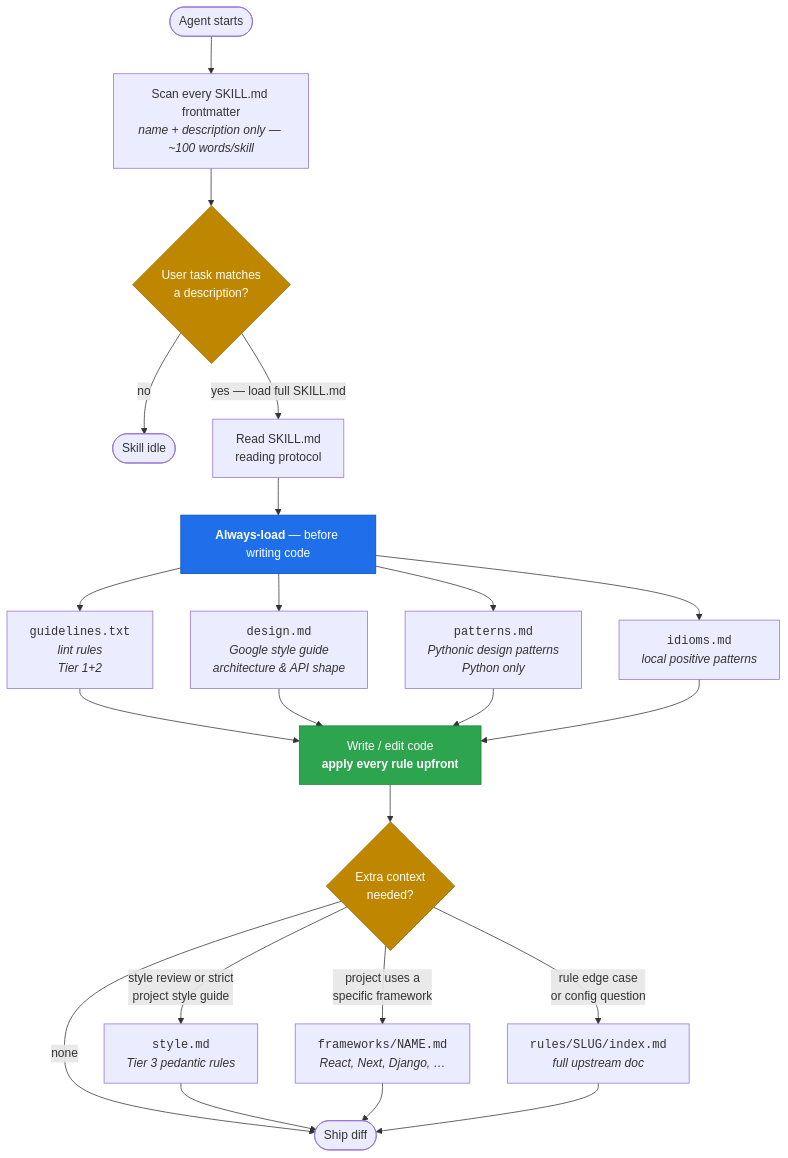
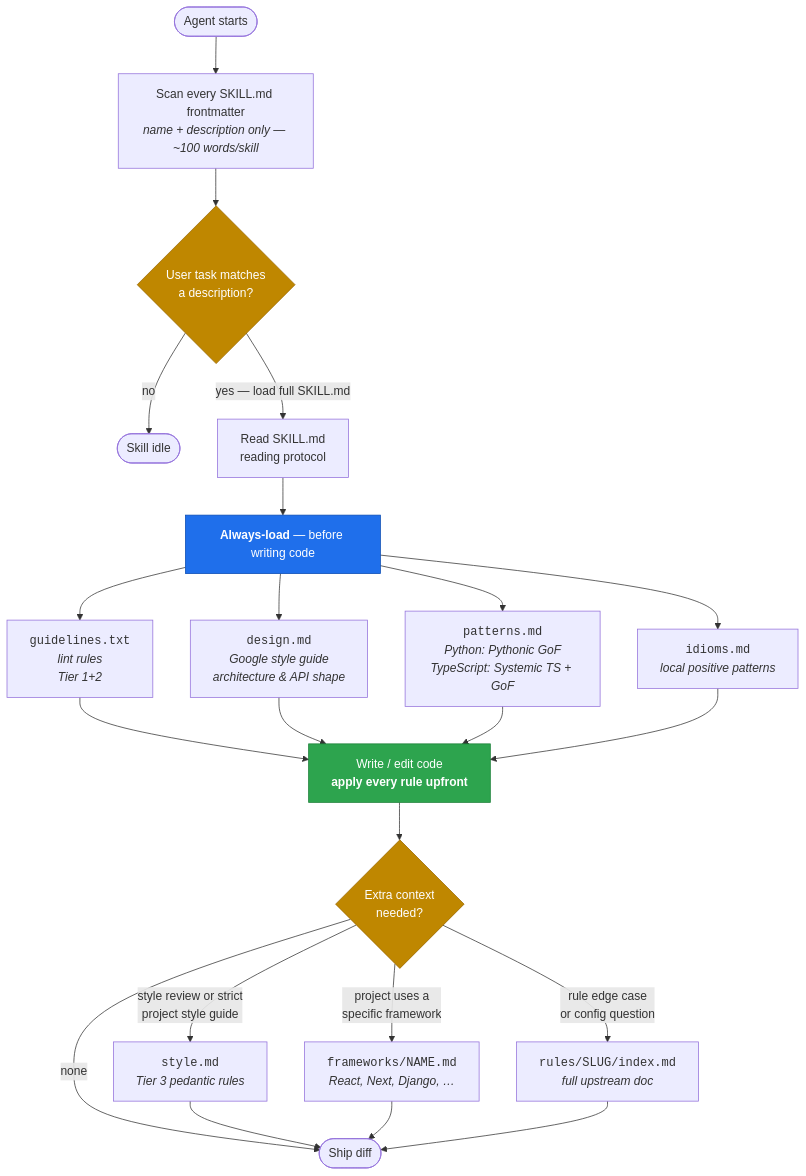
The first of 2 diagrams in README.md (youssef-tharwat/lang-guidelines), drawn with Mermaid before and after one commit. The commit also changed other lines of this file and 3 other files, not shown here.

First line of the commit message:
feat(ts): add patterns.md — Systemic TypeScript + 22 GoF patterns

````diff
--- a/README.md
+++ b/README.md
@@ -25,24 +26,24 @@
 ```mermaid
 flowchart TD
     A([Agent starts]) --> B[Scan every SKILL.md frontmatter<br/><i>name + description only — ~100 words/skill</i>]
     B --> C{User task matches<br/>a description?}
     C -->|no| Z([Skill idle])
     C -->|yes — load full SKILL.md| D[Read SKILL.md<br/>reading protocol]
     D --> E[<b>Always-load</b> — before writing code]
     E --> E1[<code>guidelines.txt</code><br/><i>lint rules<br/>Tier 1+2</i>]
     E --> E2[<code>design.md</code><br/><i>Google style guide<br/>architecture &amp; API shape</i>]
-    E --> E3[<code>patterns.md</code><br/><i>Pythonic design patterns<br/>Python only</i>]
+    E --> E3[<code>patterns.md</code><br/><i>Python: Pythonic GoF<br/>TypeScript: Systemic TS + GoF</i>]
     E --> E4[<code>idioms.md</code><br/><i>local positive patterns</i>]
     E1 & E2 & E3 & E4 --> F[Write / edit code<br/><b>apply every rule upfront</b>]
     F --> G{Extra context<br/>needed?}
     G -->|style review or strict<br/>project style guide| H[<code>style.md</code><br/><i>Tier 3 pedantic rules</i>]
     G -->|project uses a<br/>specific framework| I[<code>frameworks/NAME.md</code><br/><i>React, Next, Django, …</i>]
     G -->|rule edge case<br/>or config question| J[<code>rules/SLUG/index.md</code><br/><i>full upstream doc</i>]
     G -->|none| K([Ship diff])
     H & I & J --> K
 
     style E fill:#1f6feb,stroke:#0b4cb3,color:#fff
     style F fill:#2da44e,stroke:#1a7f37,color:#fff
     style C fill:#bf8700,stroke:#9a6700,color:#fff
     style G fill:#bf8700,stroke:#9a6700,color:#fff
 ```
````
